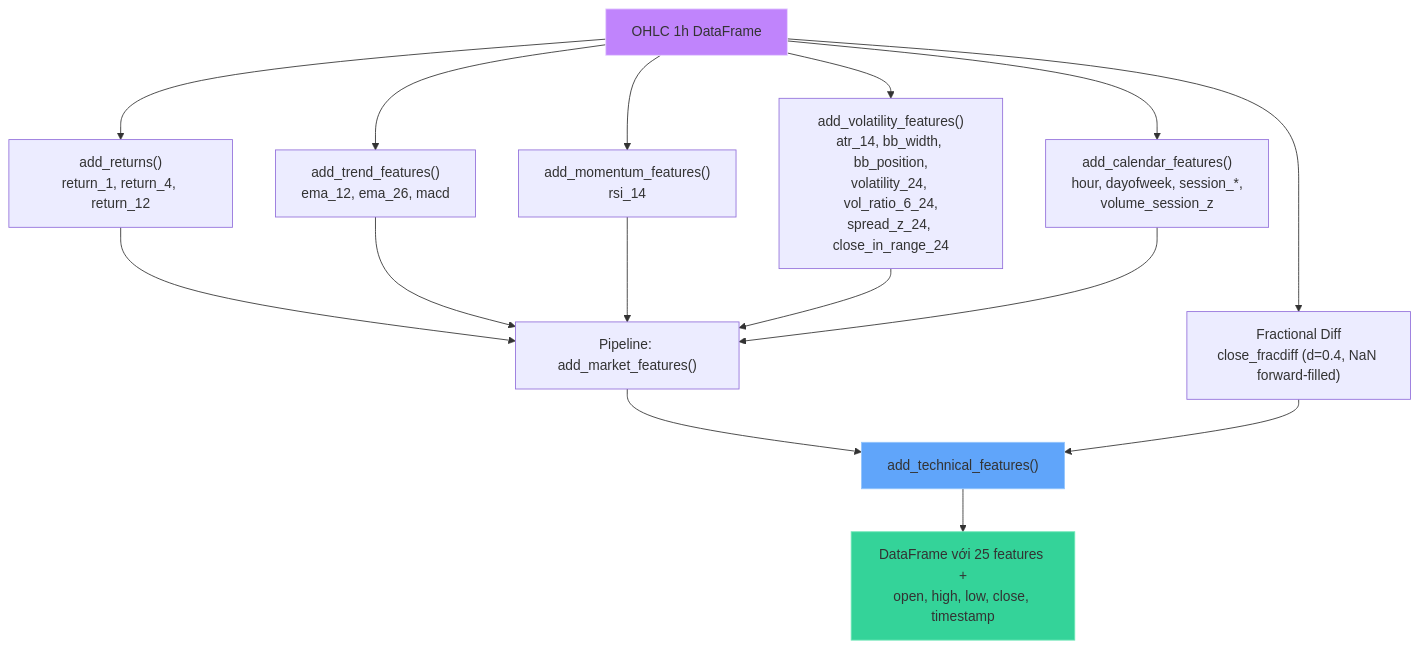
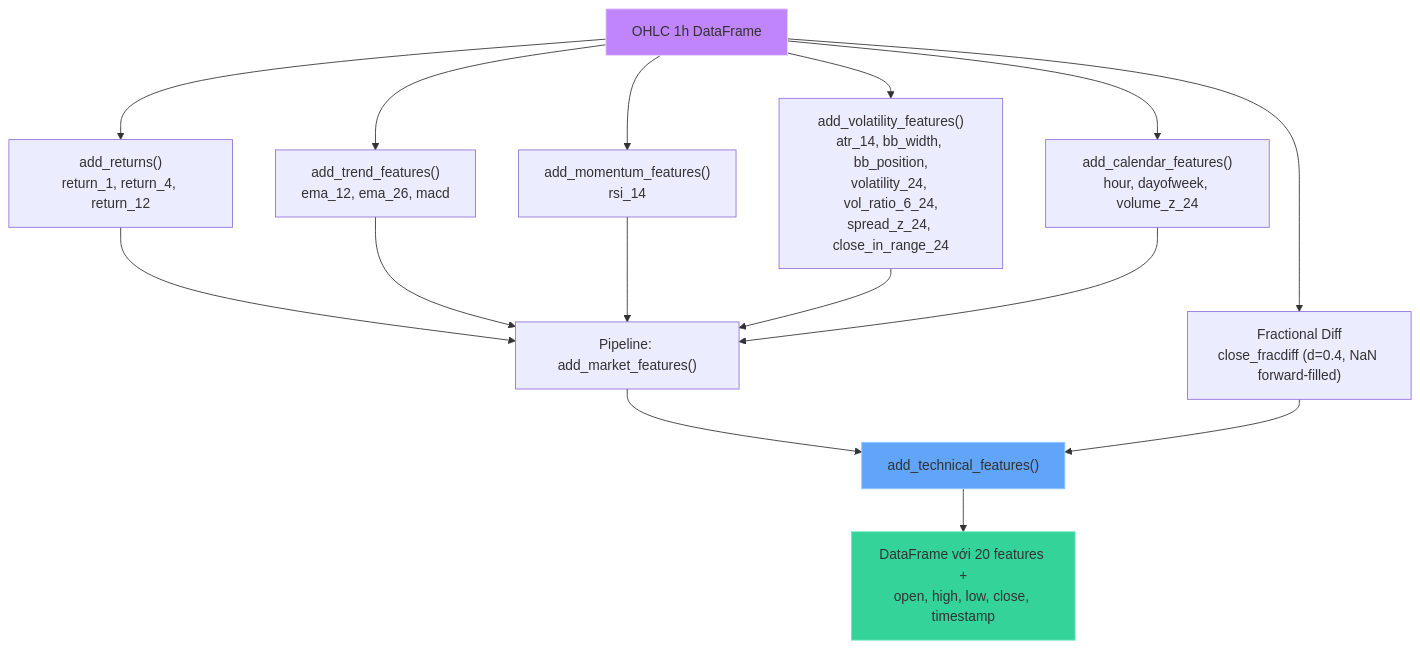
The first of 4 diagrams in docs/feature-engineering.md (ultimateBroK/thesis-compact), drawn with Mermaid before and after one commit. The commit also changed other lines of this file and 4 other files, not shown here.

````diff
--- a/docs/feature-engineering.md
+++ b/docs/feature-engineering.md
@@ -9,22 +9,22 @@
 ```mermaid
 flowchart TD
     A["OHLC 1h DataFrame"] --> B["add_returns()<br/>return_1, return_4, return_12"]
     A --> C["add_trend_features()<br/>ema_12, ema_26, macd"]
     A --> D["add_momentum_features()<br/>rsi_14"]
     A --> E["add_volatility_features()<br/>atr_14, bb_width, bb_position,<br/>volatility_24, vol_ratio_6_24,<br/>spread_z_24, close_in_range_24"]
-    A --> F["add_calendar_features()<br/>hour, dayofweek, session_*,<br/>volume_session_z"]
+    A --> F["add_calendar_features()<br/>hour, dayofweek, volume_z_24"]
     A --> H["Fractional Diff<br/>close_fracdiff (d=0.4, NaN forward-filled)"]
 
     B --> I["Pipeline: add_market_features()"]
     C --> I
     D --> I
     E --> I
     F --> I
     I --> J["add_technical_features()"]
     H --> J
-    J --> K["DataFrame với 25 features +<br/>open, high, low, close, timestamp"]
+    J --> K["DataFrame với 20 features +<br/>open, high, low, close, timestamp"]
 
     style A fill:#c084fc,stroke:#e9d5ff
     style J fill:#60a5fa,stroke:#93c5fd
     style K fill:#34d399,stroke:#6ee7b7
 ```
````
